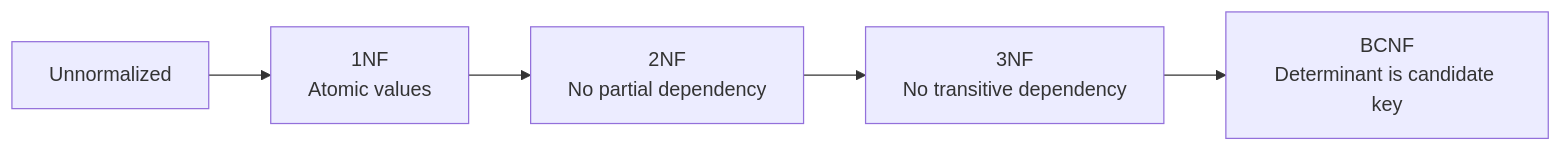
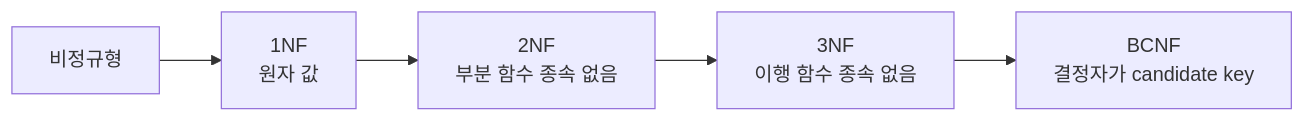
Before and after one commit to mandoobox/mandoobox.github.io: the eighth of 54 diagrams in _posts/cs-note/2026-02-27-database.md, drawn with Mermaid. The commit also changed other lines of this file and 18 other files, not shown here.

````diff
--- a/_posts/cs-note/2026-02-27-database.md
+++ b/_posts/cs-note/2026-02-27-database.md
@@ -228,7 +226,7 @@
 ```mermaid
 flowchart LR
-  A[Unnormalized] --> B[1NF<br/>Atomic values]
-  B --> C[2NF<br/>No partial dependency]
-  C --> D[3NF<br/>No transitive dependency]
-  D --> E[BCNF<br/>Determinant is candidate key]
+  A[비정규형] --> B[1NF<br/>원자 값]
+  B --> C[2NF<br/>부분 함수 종속 없음]
+  C --> D[3NF<br/>이행 함수 종속 없음]
+  D --> E[BCNF<br/>결정자가 candidate key]
 ```
````
